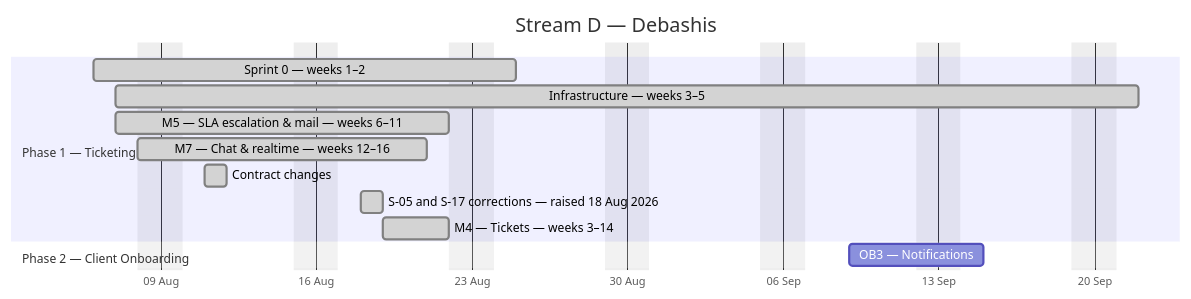
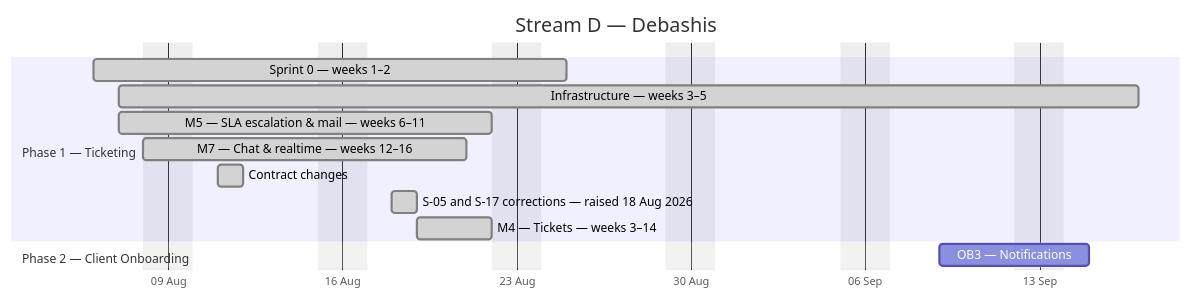
Before and after one commit to debashisedunext/EduTrack: the fourth of 4 diagrams in docs/plan/GANTT.md, drawn with Mermaid. The commit also changed other lines of this file and 3 other files, not shown here.

````diff
--- a/docs/plan/GANTT.md
+++ b/docs/plan/GANTT.md
@@ -176,17 +178,17 @@
 ```mermaid
 gantt
     dateFormat YYYY-MM-DD
     axisFormat %d %b
     title Stream D — Debashis
     excludes weekends
     section Phase 1 — Ticketing
     Sprint 0 — weeks 1–2 :done, d0, 2026-08-06, 13d
-    Infrastructure — weeks 3–5 :done, d1, 2026-08-07, 32d
+    Infrastructure — weeks 3–5 :done, d1, 2026-08-07, 29d
     M5 — SLA  escalation & mail — weeks 6–11 :done, d2, 2026-08-07, 11d
     M7 — Chat & realtime — weeks 12–16 :done, d3, 2026-08-08, 10d
     Contract changes :done, d4, 2026-08-11, 1d
     S-05 and S-17 corrections — raised 18 Aug 2026 :done, d5, 2026-08-18, 1d
     M4 — Tickets — weeks 3–14 :done, d6, 2026-08-19, 3d
     section Phase 2 — Client Onboarding
     OB3 — Notifications :d7, 2026-09-09, 4d
 ```
````
